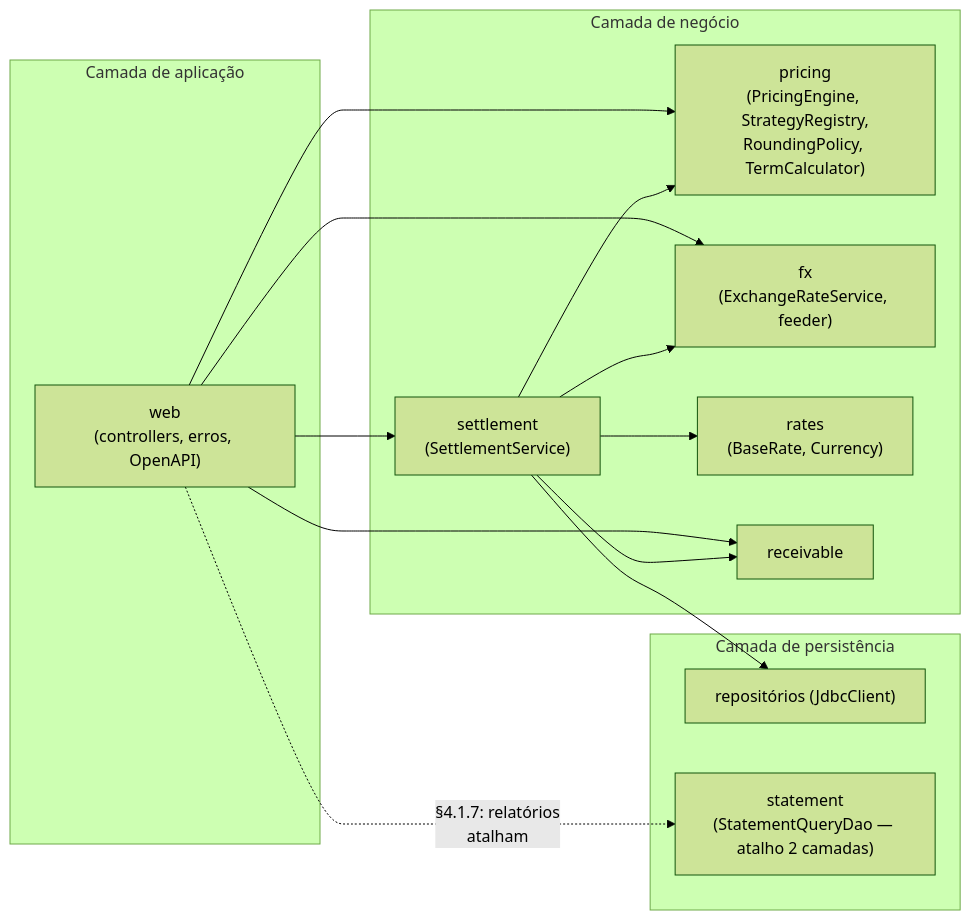
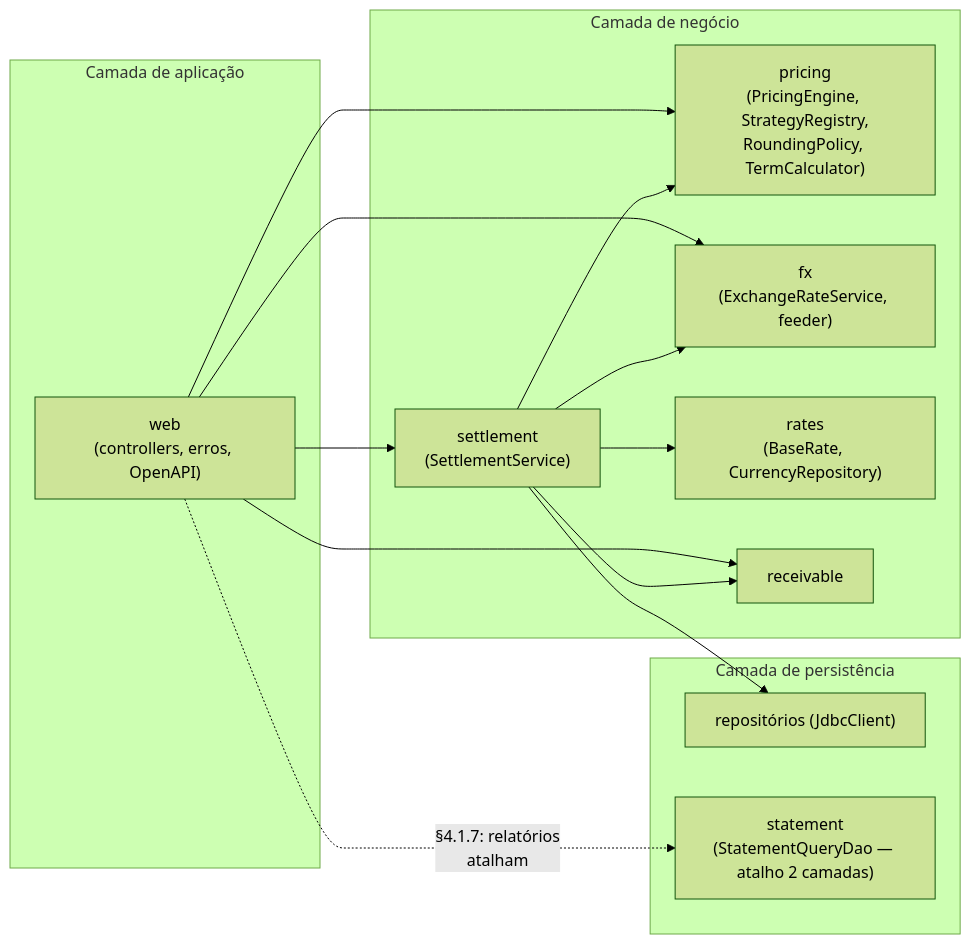
The diagram in docs/adr/0002-monolito-modular.md (FELIPEACASTRO/srm-credit-engine), drawn with Mermaid (forest theme) before and after one commit. The commit also changed 6 other files, not shown here.

````diff
--- a/docs/adr/0002-monolito-modular.md
+++ b/docs/adr/0002-monolito-modular.md
@@ -17,21 +17,21 @@
 ```mermaid
 flowchart LR
     subgraph app["Camada de aplicação"]
         web["web<br/>(controllers, erros, OpenAPI)"]
     end
     subgraph dominio["Camada de negócio"]
         pricing["pricing<br/>(PricingEngine, StrategyRegistry,<br/>RoundingPolicy, TermCalculator)"]
         settlement["settlement<br/>(SettlementService)"]
         fx["fx<br/>(ExchangeRateService, feeder)"]
-        rates["rates<br/>(BaseRate, Currency)"]
+        rates["rates<br/>(BaseRate, CurrencyRepository)"]
         receivable["receivable"]
     end
     subgraph persist["Camada de persistência"]
         repos["repositórios (JdbcClient)"]
         statement["statement<br/>(StatementQueryDao — atalho 2 camadas)"]
     end
     web --> settlement & pricing & receivable & fx
     web -.->|"§4.1.7: relatórios<br/>atalham"| statement
     settlement --> pricing & fx & rates & receivable
     settlement --> repos
 ```
````
